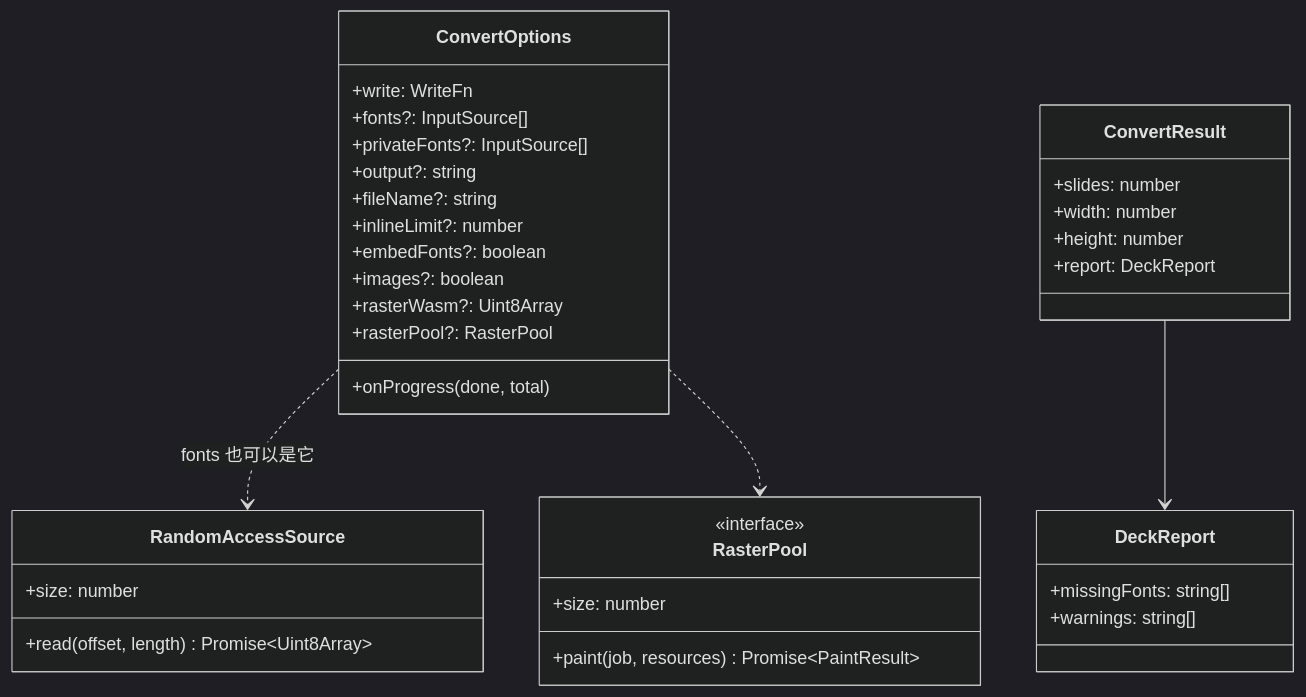
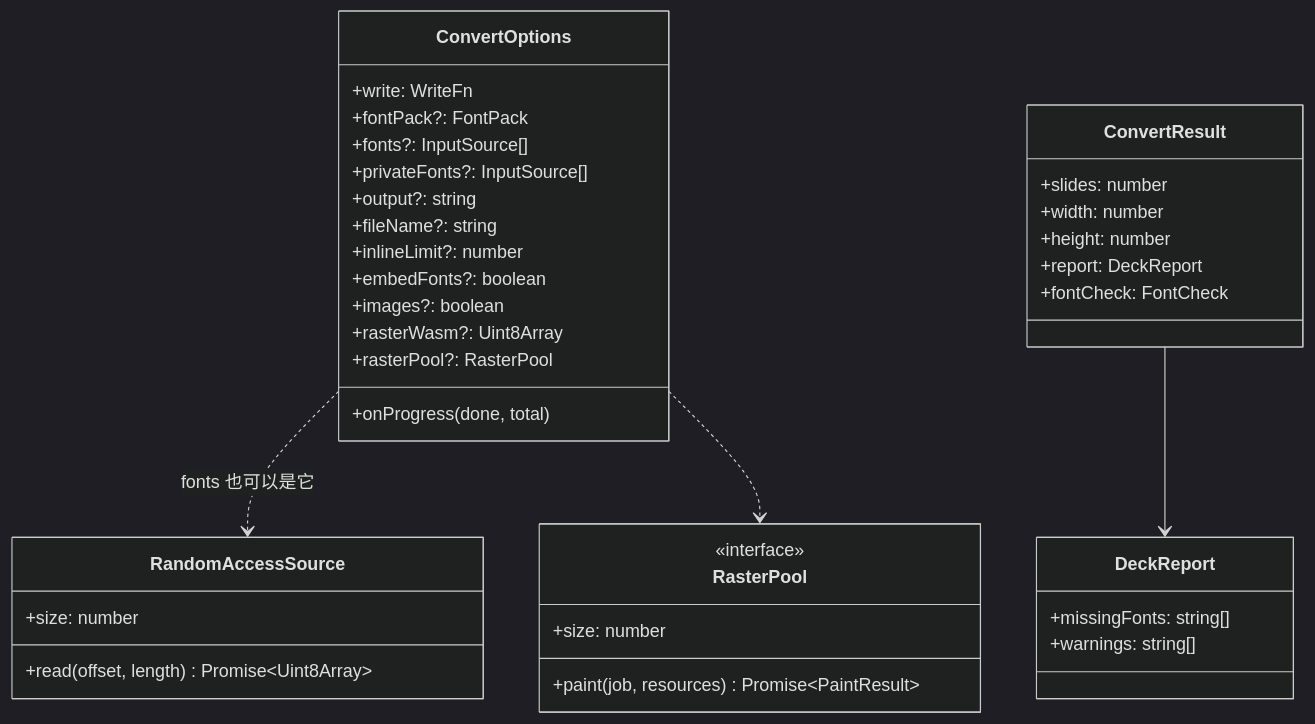
Before and after one commit to spitmaster/unppt: the sixth of 16 diagrams in docs/zh/architecture.md, drawn with Mermaid (dark theme). The commit also changed other lines of this file and 15 other files, not shown here.

````diff
--- a/docs/zh/architecture.md
+++ b/docs/zh/architecture.md
@@ -249,38 +251,40 @@
 ```mermaid
 classDiagram
   class ConvertOptions {
     +write: WriteFn
+    +fontPack?: FontPack
     +fonts?: InputSource[]
     +privateFonts?: InputSource[]
     +output?: string
     +fileName?: string
     +inlineLimit?: number
     +embedFonts?: boolean
     +images?: boolean
     +rasterWasm?: Uint8Array
     +rasterPool?: RasterPool
     +onProgress(done, total)
   }
   class ConvertResult {
     +slides: number
     +width: number
     +height: number
     +report: DeckReport
+    +fontCheck: FontCheck
   }
   class RandomAccessSource {
     +size: number
     +read(offset, length) Promise~Uint8Array~
   }
   class RasterPool {
     <<interface>>
     +size: number
     +paint(job, resources) Promise~PaintResult~
   }
   class DeckReport {
     +missingFonts: string[]
     +warnings: string[]
   }
   ConvertOptions ..> RandomAccessSource : fonts 也可以是它
   ConvertOptions ..> RasterPool
   ConvertResult --> DeckReport
 ```
````
